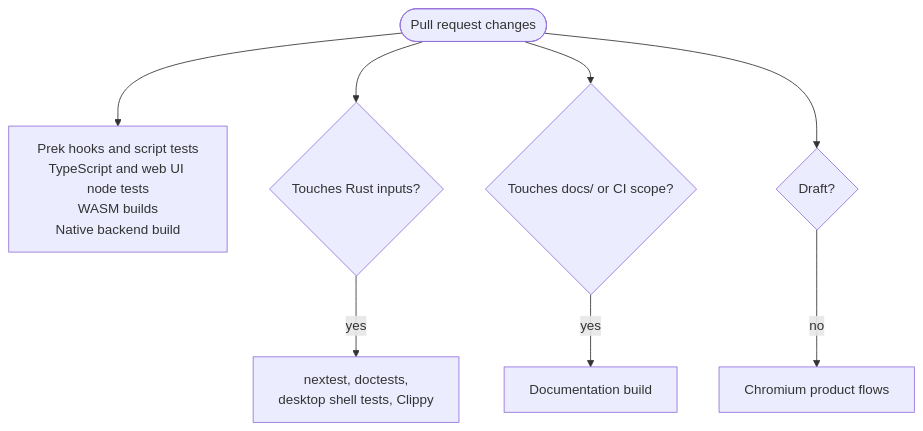
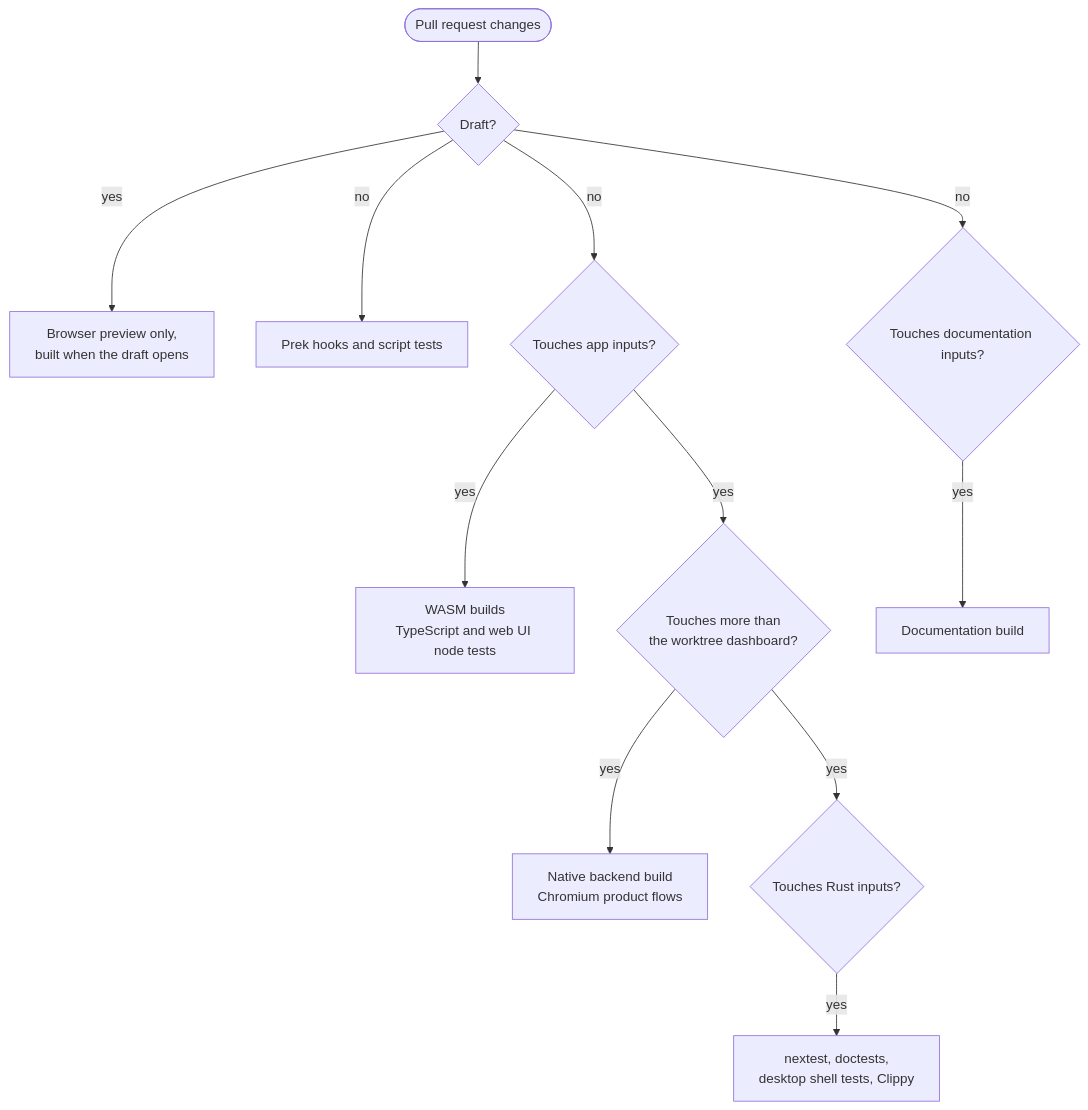
One commit to stewartadam/nightfall-lightdesk changed the diagram in docs/internal/src/contributing/testing.md. Above: the diagram before and after it, drawn with Mermaid. The commit also changed other lines of this file and 9 other files, not shown here.

````diff
--- a/docs/internal/src/contributing/testing.md
+++ b/docs/internal/src/contributing/testing.md
@@ -165,12 +165,16 @@
 ```mermaid
 flowchart TB
   accTitle: How a pull request's changes select CI jobs
-  accDescr: Every pull request runs the hook, script, web UI, and WASM jobs and builds the native backend. Rust inputs add Rust tests, doctests, desktop shell tests, and Clippy. Documentation sources add the book build. A pull request that isn't a draft adds the Chromium product flows.
-  pr([Pull request changes]) --> always[Prek hooks and script tests<br/>TypeScript and web UI node tests<br/>WASM builds<br/>Native backend build]
-  pr --> rust{Touches Rust inputs?}
-  pr --> docs{Touches docs/ or CI scope?}
-  pr --> draft{Draft?}
+  accDescr: A draft pull request builds only its browser preview, and only when it opens. A pull request that is ready for review always runs the hook and script tests. App inputs add the WASM builds and the web UI node tests. App inputs outside the worktree dashboard add the native backend build and the Chromium product flows. Rust inputs add Rust tests, doctests, desktop shell tests, and Clippy. Documentation inputs add the book build.
+  pr([Pull request changes]) --> draft{Draft?}
+  draft -- yes --> preview[Browser preview only,<br/>built when the draft opens]
+  draft -- no --> always[Prek hooks and script tests]
+  draft -- no --> app{Touches app inputs?}
+  draft -- no --> docs{Touches documentation inputs?}
+  app -- yes --> appjobs[WASM builds<br/>TypeScript and web UI node tests]
+  app -- yes --> native{Touches more than<br/>the worktree dashboard?}
+  native -- yes --> nativejobs[Native backend build<br/>Chromium product flows]
+  native -- yes --> rust{Touches Rust inputs?}
   rust -- yes --> rusttests[nextest, doctests,<br/>desktop shell tests, Clippy]
   docs -- yes --> book[Documentation build]
-  draft -- no --> flows[Chromium product flows]
 ```
````
